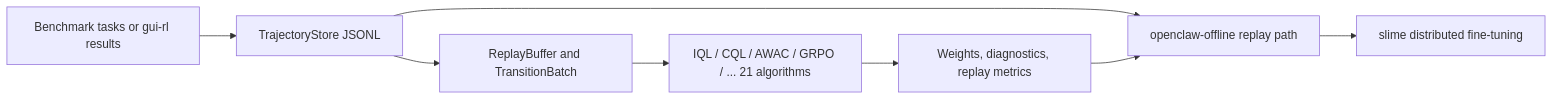
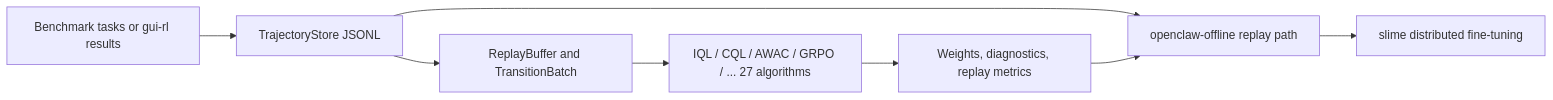
One commit to MING-ZCH/OpenClaw-RL-Offline changed the diagram in README.md. Above: the diagram before and after it, drawn with Mermaid. The commit also changed other lines of this file and 7 other files, not shown here.

````diff
--- a/README.md
+++ b/README.md
@@ -21,10 +21,10 @@
 ```mermaid
 flowchart LR
 	A[Benchmark tasks or gui-rl results] --> B[TrajectoryStore JSONL]
 	B --> C[ReplayBuffer and TransitionBatch]
-	C --> D[IQL / CQL / AWAC / GRPO / ... 21 algorithms]
+	C --> D[IQL / CQL / AWAC / GRPO / ... 27 algorithms]
 	D --> E[Weights, diagnostics, replay metrics]
 	B --> F[openclaw-offline replay path]
 	E --> F
 	F --> G[slime distributed fine-tuning]
 ```
````
